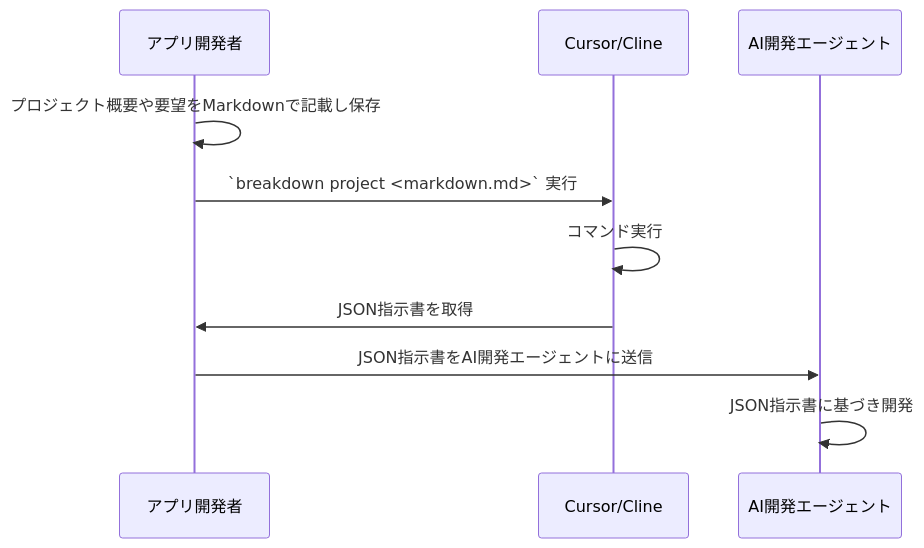
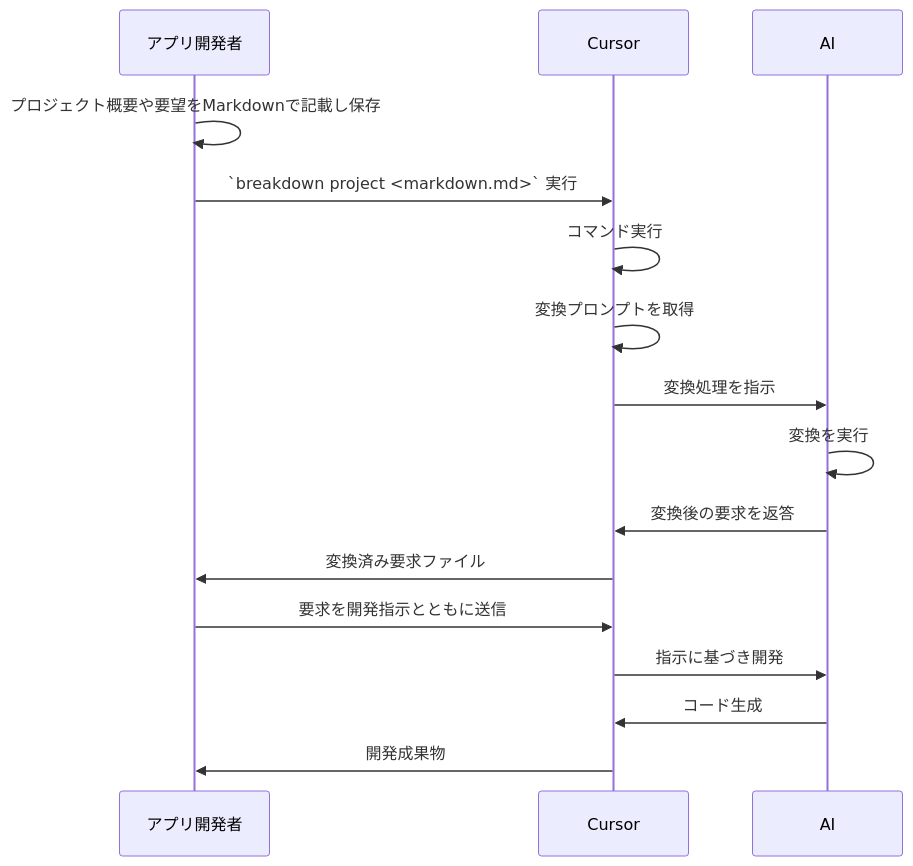
Before and after one commit to tettuan/breakdown: the diagram in README.ja.md, drawn with Mermaid. The commit also changed other lines of this file and 2 other files, not shown here.

````diff
--- a/README.ja.md
+++ b/README.ja.md
@@ -37,16 +34,22 @@
 ```mermaid
 sequenceDiagram
     participant Developer as アプリ開発者
-    participant CursorCline as Cursor/Cline
-    participant AI as AI開発エージェント
+    participant Cursor as Cursor
+    participant AI as AI
 
     Developer->>Developer: プロジェクト概要や要望をMarkdownで記載し保存
 
-    Developer->>CursorCline: `breakdown project <markdown.md>` 実行
-    CursorCline->>CursorCline: コマンド実行
+    Developer->>Cursor: `breakdown project <markdown.md>` 実行
+    Cursor->>Cursor: コマンド実行
 
-    CursorCline->>Developer: JSON指示書を取得
+    Cursor->>Cursor: 変換プロンプトを取得
+    Cursor->>AI: 変換処理を指示
+    AI->>AI: 変換を実行
+    AI->>Cursor: 変換後の要求を返答
+    Cursor->>Developer: 変換済み要求ファイル
 
-    Developer->>AI: JSON指示書をAI開発エージェントに送信
-    AI->>AI: JSON指示書に基づき開発
+    Developer->>Cursor: 要求を開発指示とともに送信
+    Cursor->>AI: 指示に基づき開発
+    AI->>Cursor: コード生成
+    Cursor->>Developer: 開発成果物
 ```
````
